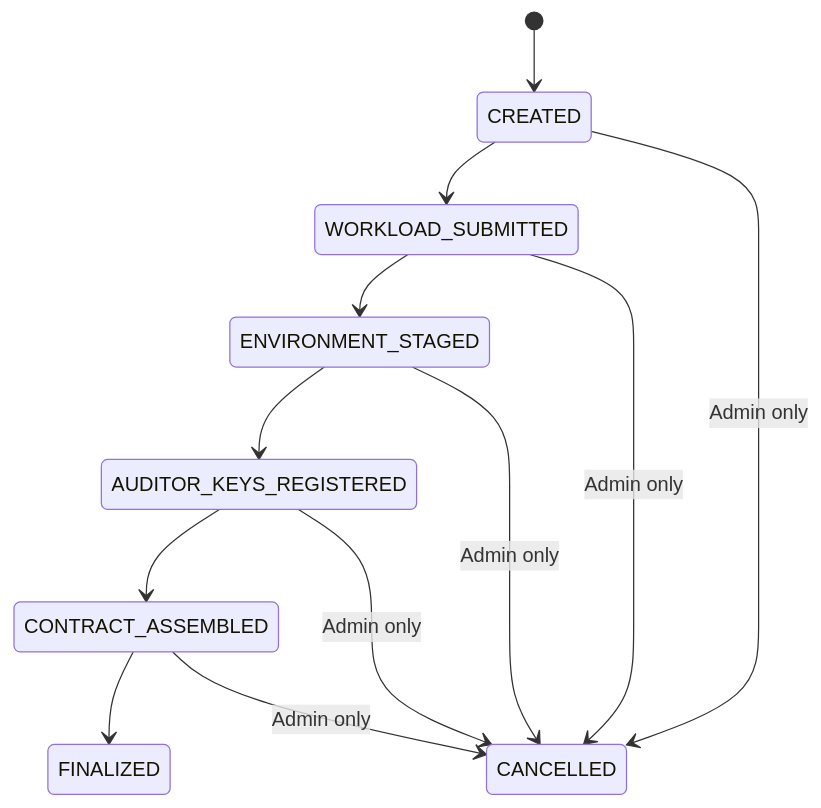
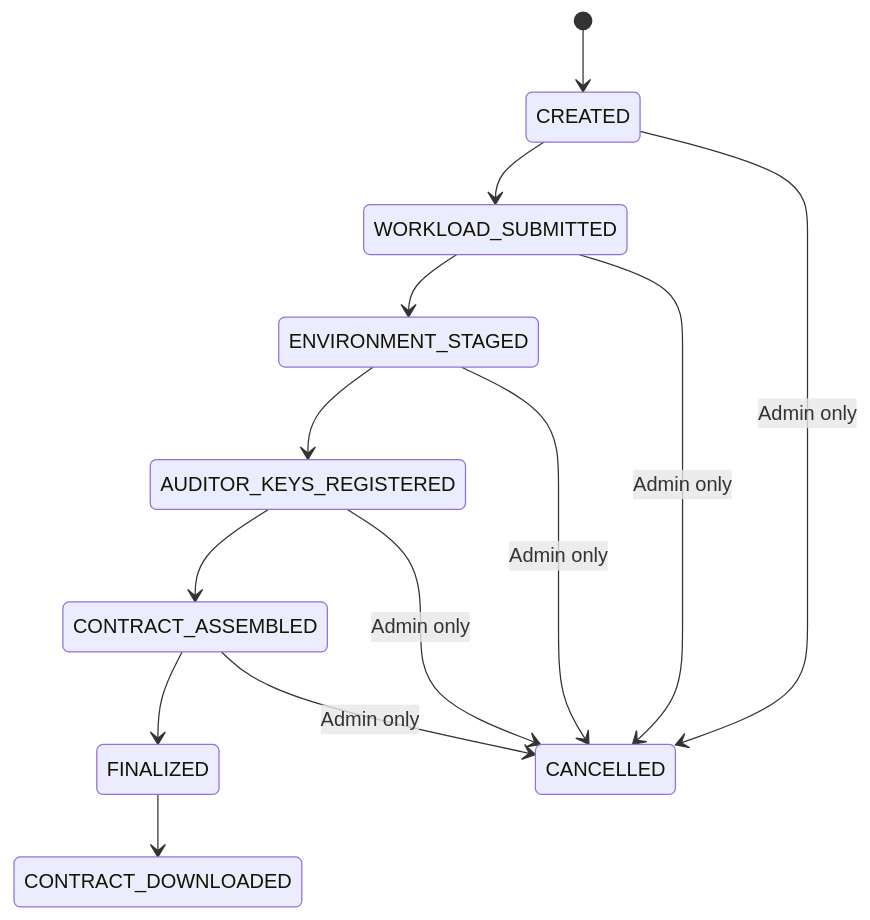
Before and after one commit to Sashwat-K/persona-based-contract-generator: the first of 3 diagrams in Design/1-high-level-design.md, drawn with Mermaid. The commit also changed other lines of this file and 8 other files, not shown here.

````diff
--- a/Design/1-high-level-design.md
+++ b/Design/1-high-level-design.md
@@ -320,14 +321,15 @@
 ```mermaid
 stateDiagram-v2
     [*] --> CREATED
     CREATED --> WORKLOAD_SUBMITTED
     WORKLOAD_SUBMITTED --> ENVIRONMENT_STAGED
     ENVIRONMENT_STAGED --> AUDITOR_KEYS_REGISTERED
     AUDITOR_KEYS_REGISTERED --> CONTRACT_ASSEMBLED
     CONTRACT_ASSEMBLED --> FINALIZED
+    FINALIZED --> CONTRACT_DOWNLOADED
     CREATED --> CANCELLED : Admin only
     WORKLOAD_SUBMITTED --> CANCELLED : Admin only
     ENVIRONMENT_STAGED --> CANCELLED : Admin only
     AUDITOR_KEYS_REGISTERED --> CANCELLED : Admin only
     CONTRACT_ASSEMBLED --> CANCELLED : Admin only
 ```
````
